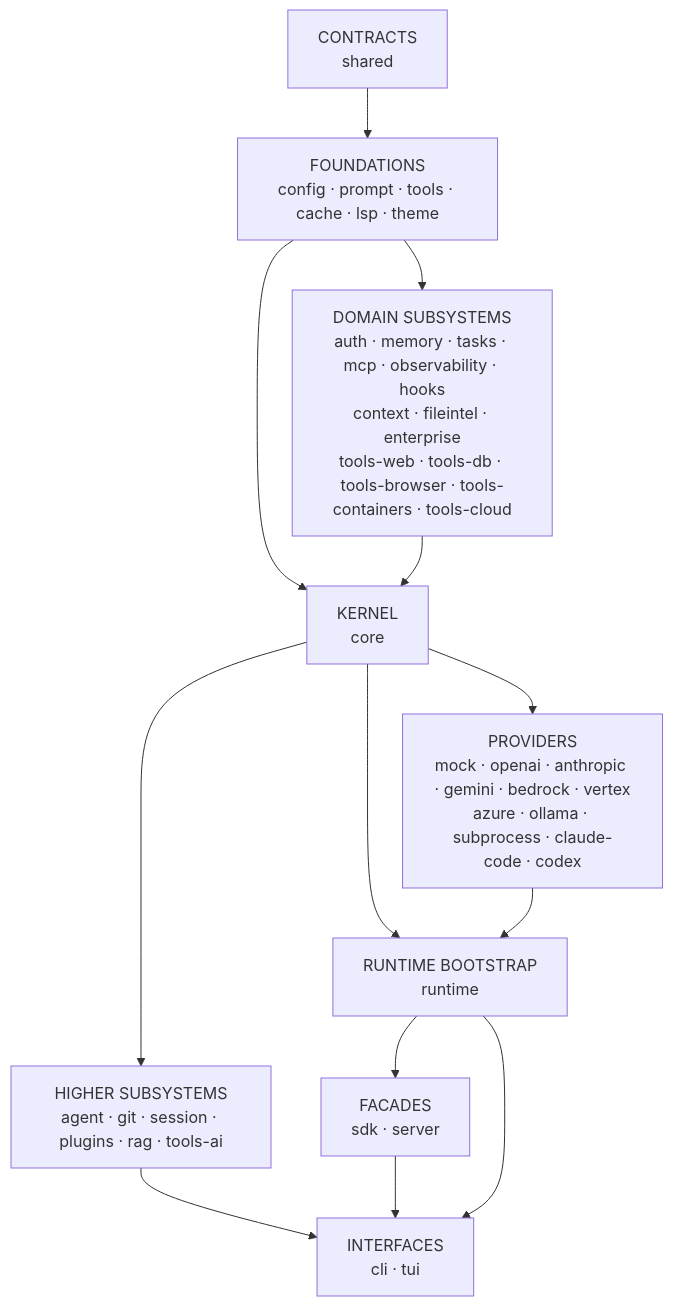
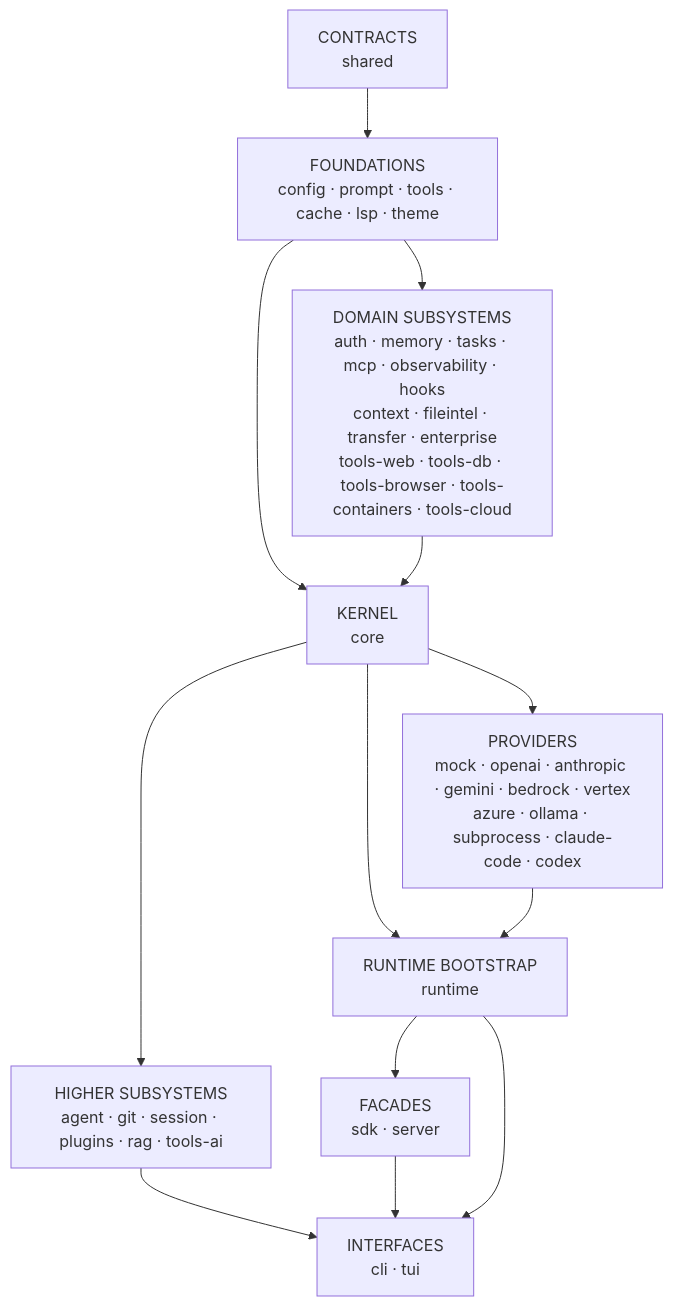
The seventh of 7 diagrams in docs/ARCHITECTURE.md (Adhithya-Karthikeyan/NexusCode), drawn with Mermaid before and after one commit. The commit also changed other lines of this file and 113 other files, not shown here.

````diff
--- a/docs/ARCHITECTURE.md
+++ b/docs/ARCHITECTURE.md
@@ -429,25 +474,25 @@
 ```mermaid
 graph TB
     L0["CONTRACTS<br/>shared"]
     L1["FOUNDATIONS<br/>config · prompt · tools · cache · lsp · theme"]
-    L2["DOMAIN SUBSYSTEMS<br/>auth · memory · tasks · mcp · observability · hooks<br/>context · fileintel · enterprise<br/>tools-web · tools-db · tools-browser · tools-containers · tools-cloud"]
+    L2["DOMAIN SUBSYSTEMS<br/>auth · memory · tasks · mcp · observability · hooks<br/>context · fileintel · transfer · enterprise<br/>tools-web · tools-db · tools-browser · tools-containers · tools-cloud"]
     L3["KERNEL<br/>core"]
     L4["PROVIDERS<br/>mock · openai · anthropic · gemini · bedrock · vertex<br/>azure · ollama · subprocess · claude-code · codex"]
     L5["RUNTIME BOOTSTRAP<br/>runtime"]
     L6["HIGHER SUBSYSTEMS<br/>agent · git · session · plugins · rag · tools-ai"]
     L7["FACADES<br/>sdk · server"]
     L8["INTERFACES<br/>cli · tui"]
 
     L0 --> L1
     L1 --> L2
     L1 --> L3
     L2 --> L3
     L3 --> L4
     L3 --> L5
     L4 --> L5
     L3 --> L6
     L5 --> L7
     L6 --> L8
     L7 --> L8
     L5 --> L8
 ```
````
